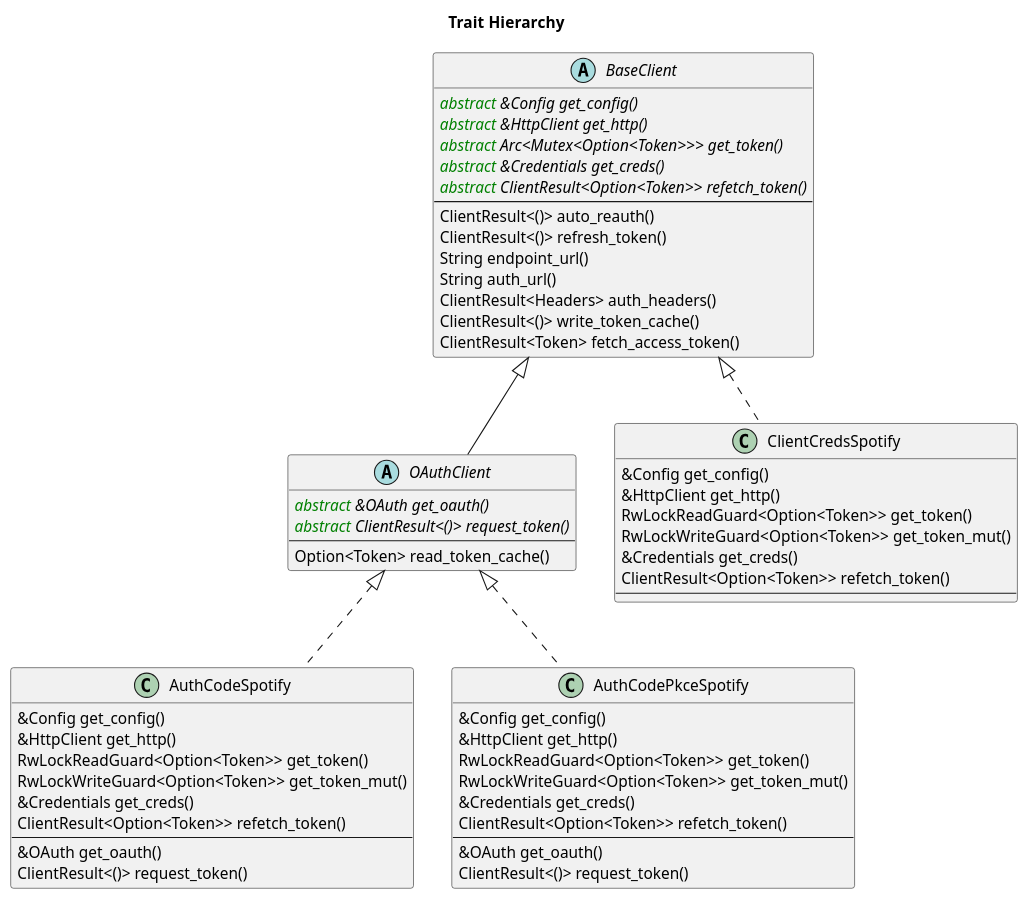
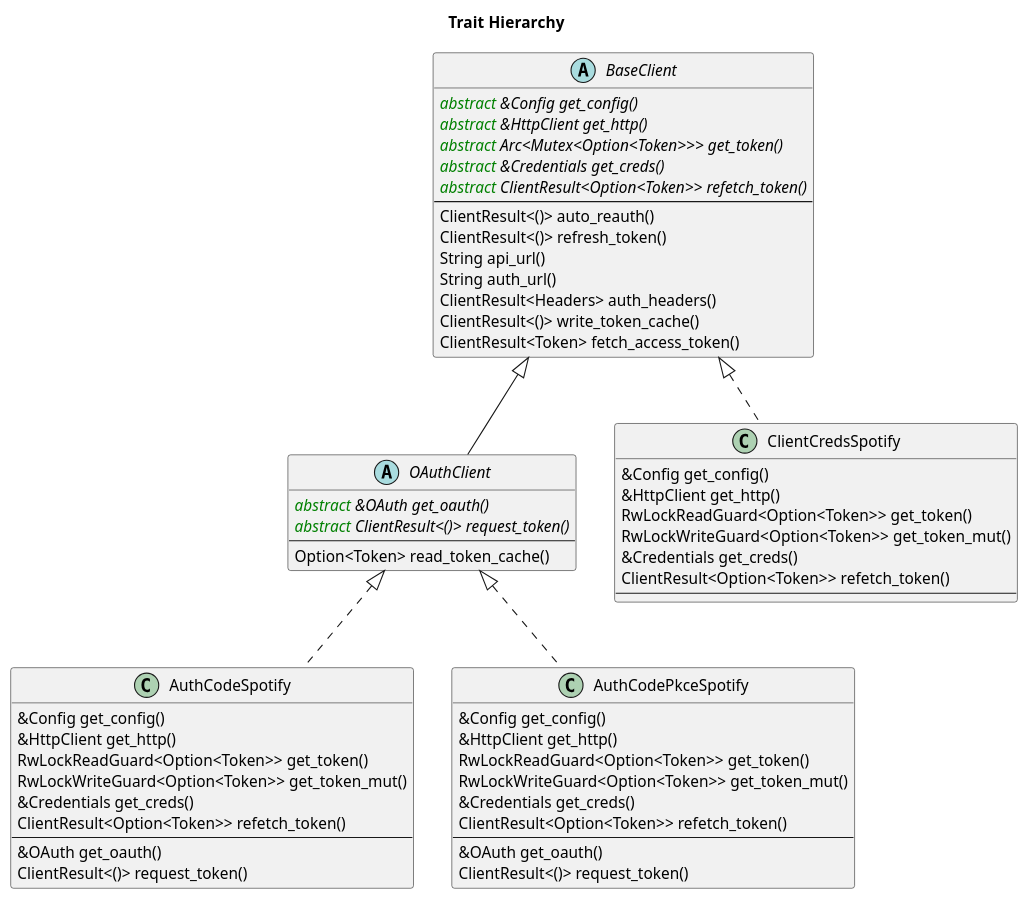
The diagram in doc/uml/trait_hierarchy.plantuml (ramsayleung/rspotify), drawn with PlantUML before and after one commit. The commit also changed 5 other files, not shown here.

Commit message:
Rename `endpoint` to `api` for consistency

```diff
--- a/doc/uml/trait_hierarchy.plantuml
+++ b/doc/uml/trait_hierarchy.plantuml
@@ -1,59 +1,59 @@
 @startuml
 title Trait Hierarchy
 abstract class BaseClient {
     <color:green>abstract</color> {abstract} &Config get_config()
     <color:green>abstract</color> {abstract} &HttpClient get_http()
     <color:green>abstract</color> {abstract} Arc<Mutex<Option<Token>>> get_token()
     <color:green>abstract</color> {abstract} &Credentials get_creds()
     <color:green>abstract</color> {abstract} ClientResult<Option<Token>> refetch_token()
     ---
     ClientResult<()> auto_reauth()
     ClientResult<()> refresh_token()
-    String endpoint_url()
+    String api_url()
     String auth_url()
     ClientResult<Headers> auth_headers()
     ClientResult<()> write_token_cache()
     ClientResult<Token> fetch_access_token()
 }
 
 abstract class OAuthClient extends BaseClient{
     <color:green>abstract</color> {abstract} &OAuth get_oauth()
     <color:green>abstract</color> {abstract} ClientResult<()> request_token()
     ---
     Option<Token> read_token_cache()
 }
 
 class AuthCodeSpotify implements OAuthClient{
     &Config get_config()
     &HttpClient get_http()
     RwLockReadGuard<Option<Token>> get_token()
     RwLockWriteGuard<Option<Token>> get_token_mut()
     &Credentials get_creds()
     ClientResult<Option<Token>> refetch_token()
     ---
     &OAuth get_oauth()
     ClientResult<()> request_token()
 }
 
 class AuthCodePkceSpotify implements OAuthClient{
     &Config get_config()
     &HttpClient get_http()
     RwLockReadGuard<Option<Token>> get_token()
     RwLockWriteGuard<Option<Token>> get_token_mut()
     &Credentials get_creds()
     ClientResult<Option<Token>> refetch_token()
     ---
     &OAuth get_oauth()
     ClientResult<()> request_token()
 }
 
 class ClientCredsSpotify implements BaseClient{
     &Config get_config()
     &HttpClient get_http()
     RwLockReadGuard<Option<Token>> get_token()
     RwLockWriteGuard<Option<Token>> get_token_mut()
     &Credentials get_creds()
     ClientResult<Option<Token>> refetch_token()
     ---
 }
 @enduml
```
